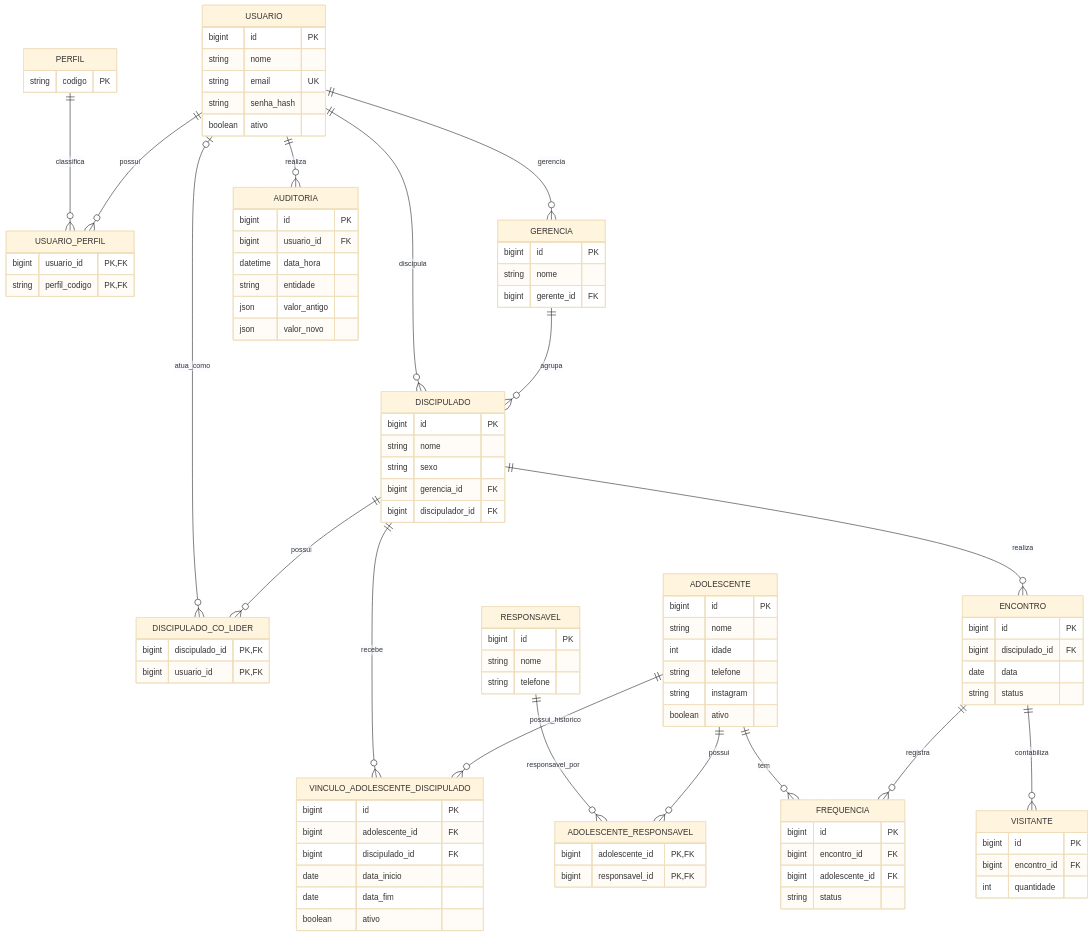
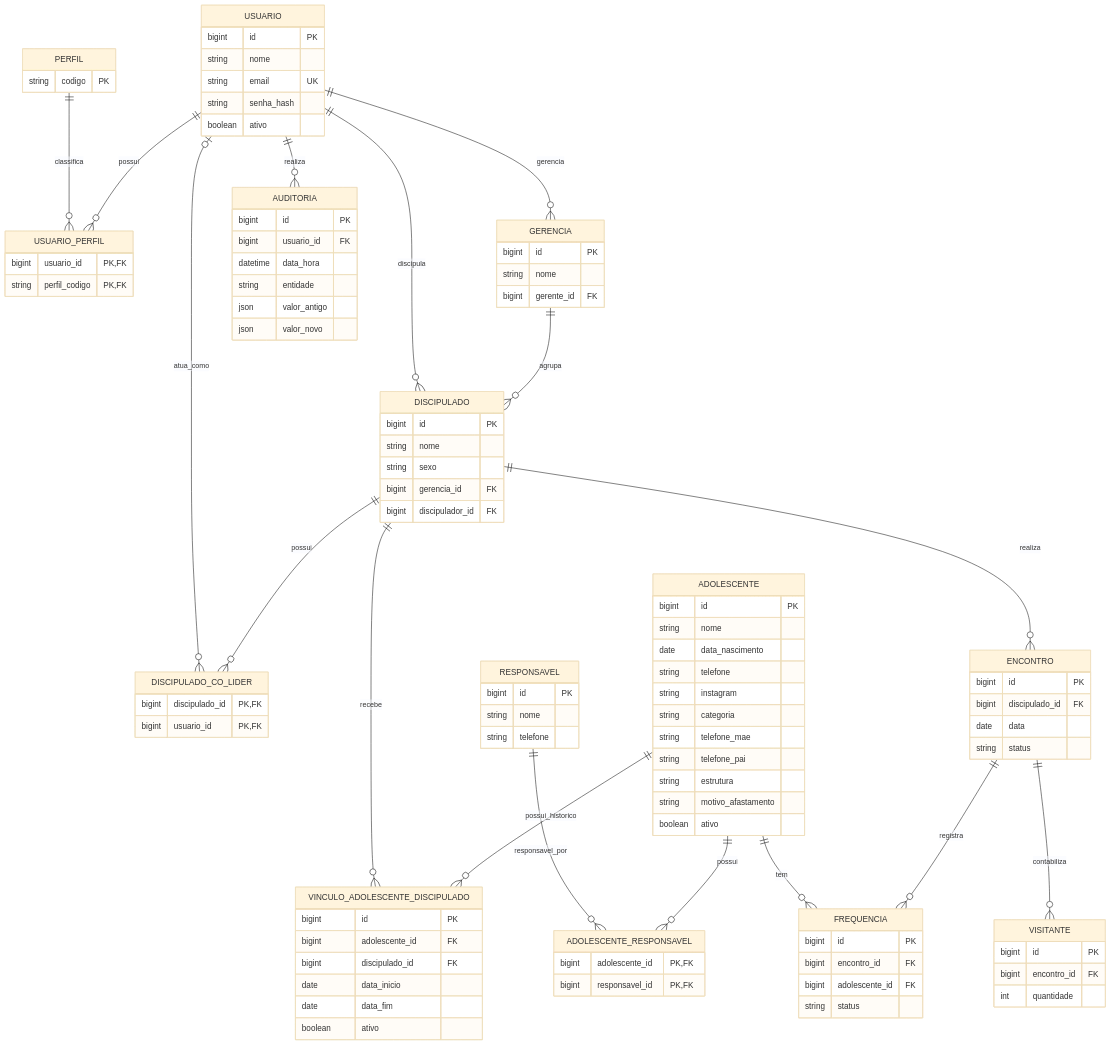
One commit to apontes77/sgd changed the diagram in docs/05-modelo-de-dados.md. Above: the diagram before and after it, drawn with Mermaid (base theme). The commit also changed other lines of this file and 24 other files, not shown here.

```diff
--- a/docs/05-modelo-de-dados.md
+++ b/docs/05-modelo-de-dados.md
@@ -37,9 +37,14 @@
     ADOLESCENTE {
         bigint id PK
         string nome
-        int idade
+        date data_nascimento
         string telefone
         string instagram
+        string categoria
+        string telefone_mae
+        string telefone_pai
+        string estrutura
+        string motivo_afastamento
         boolean ativo
     }
     VINCULO_ADOLESCENTE_DISCIPULADO {
```
